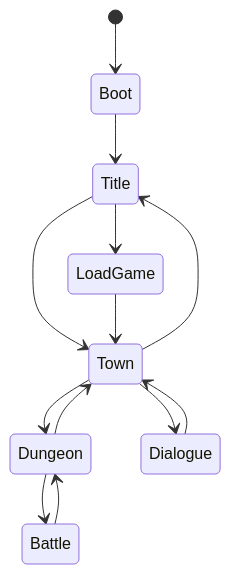
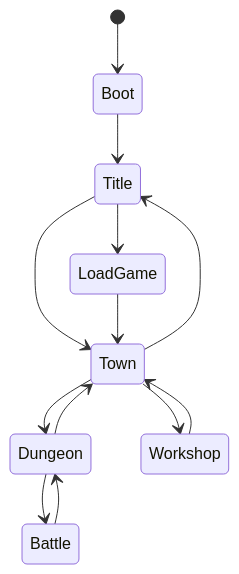
The diagram in DRPG方案/技术方案选型/03-架构设计.md (kir123456-1q/MizaGroup), drawn with Mermaid before and after one commit. The commit also changed other lines of this file and 17 other files, not shown here.

````diff
--- a/DRPG方案/技术方案选型/03-架构设计.md
+++ b/DRPG方案/技术方案选型/03-架构设计.md
@@ -47,15 +54,15 @@
 ```mermaid
 stateDiagram-v2
     [*] --> Boot
     Boot --> Title
     Title --> Town
     Title --> LoadGame
     LoadGame --> Town
     Town --> Dungeon
     Dungeon --> Battle
     Battle --> Dungeon
     Dungeon --> Town
-    Town --> Dialogue
-    Dialogue --> Town
+    Town --> Workshop
+    Workshop --> Town
     Town --> Title
 ```
````
